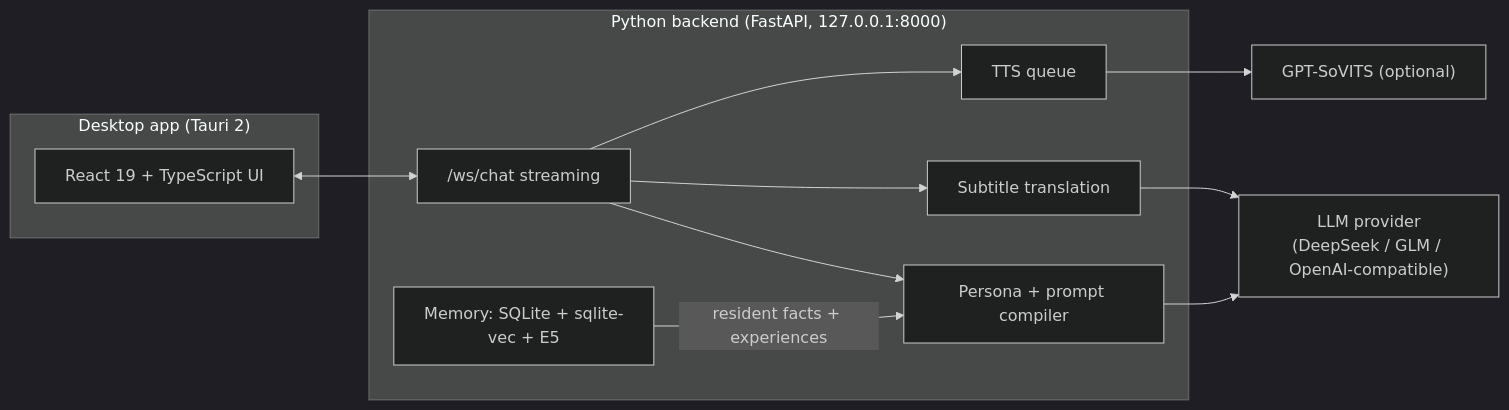
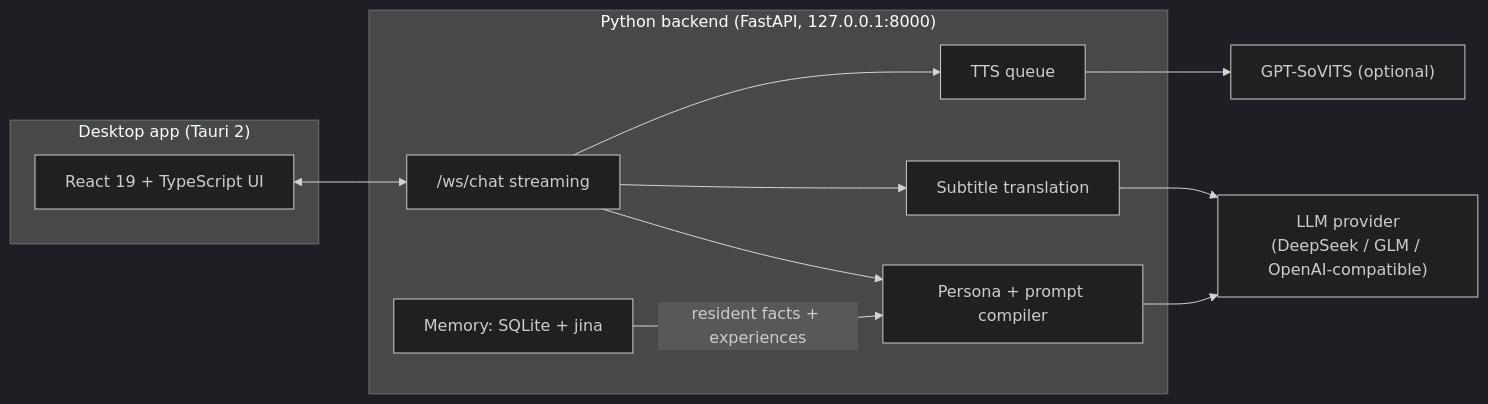
Before and after one commit to meditecnic/AMADEUS: the diagram in README.md, drawn with Mermaid (dark theme). The commit also changed other lines of this file and 37 other files, not shown here.

Commit message:
Replace memory embeddings with pinned jina nano and rebuild v11 indexes

````diff
--- a/README.md
+++ b/README.md
@@ -26,20 +26,20 @@
 ```mermaid
 flowchart LR
   subgraph Desktop["Desktop app (Tauri 2)"]
     UI["React 19 + TypeScript UI"]
   end
   subgraph Backend["Python backend (FastAPI, 127.0.0.1:8000)"]
     WS["/ws/chat streaming"]
     Persona["Persona + prompt compiler"]
-    Mem["Memory: SQLite + sqlite-vec + E5"]
+    Mem["Memory: SQLite + jina"]
     Tr["Subtitle translation"]
     TTS["TTS queue"]
   end
   LLM["LLM provider<br/>(DeepSeek / GLM / OpenAI-compatible)"]
   Sovits["GPT-SoVITS (optional)"]
   UI <--> WS
   WS --> Persona --> LLM
   Mem -- "resident facts + experiences" --> Persona
   WS --> Tr --> LLM
   WS --> TTS --> Sovits
 ```
````
